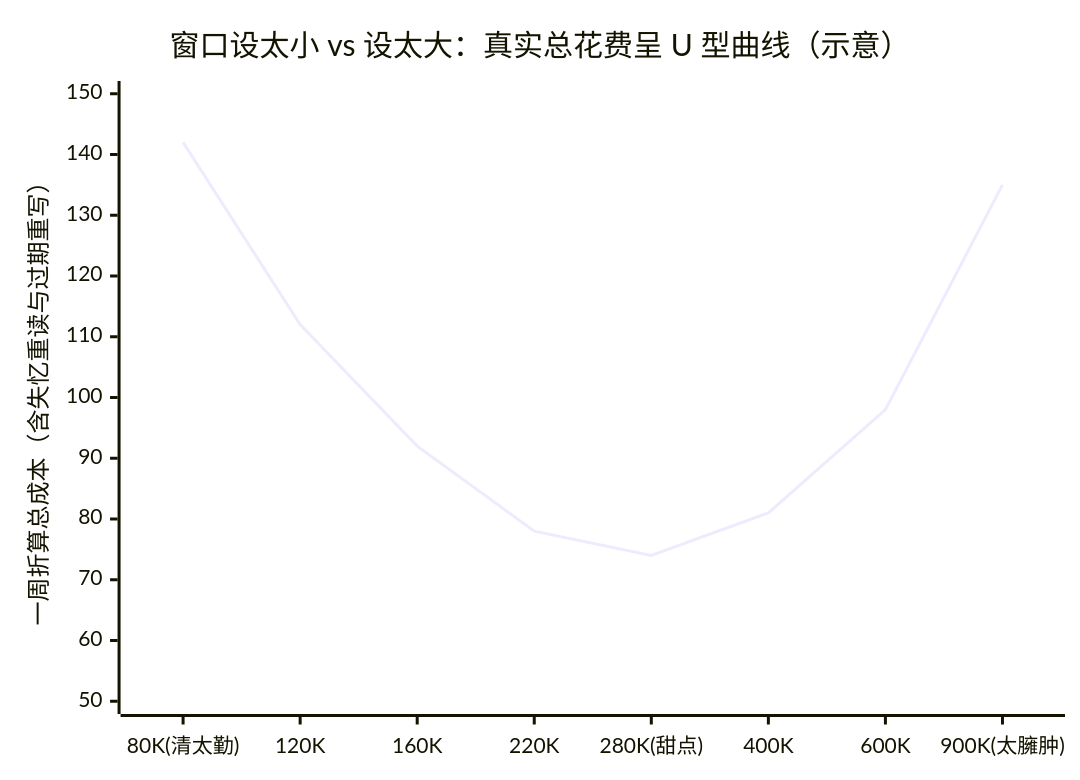
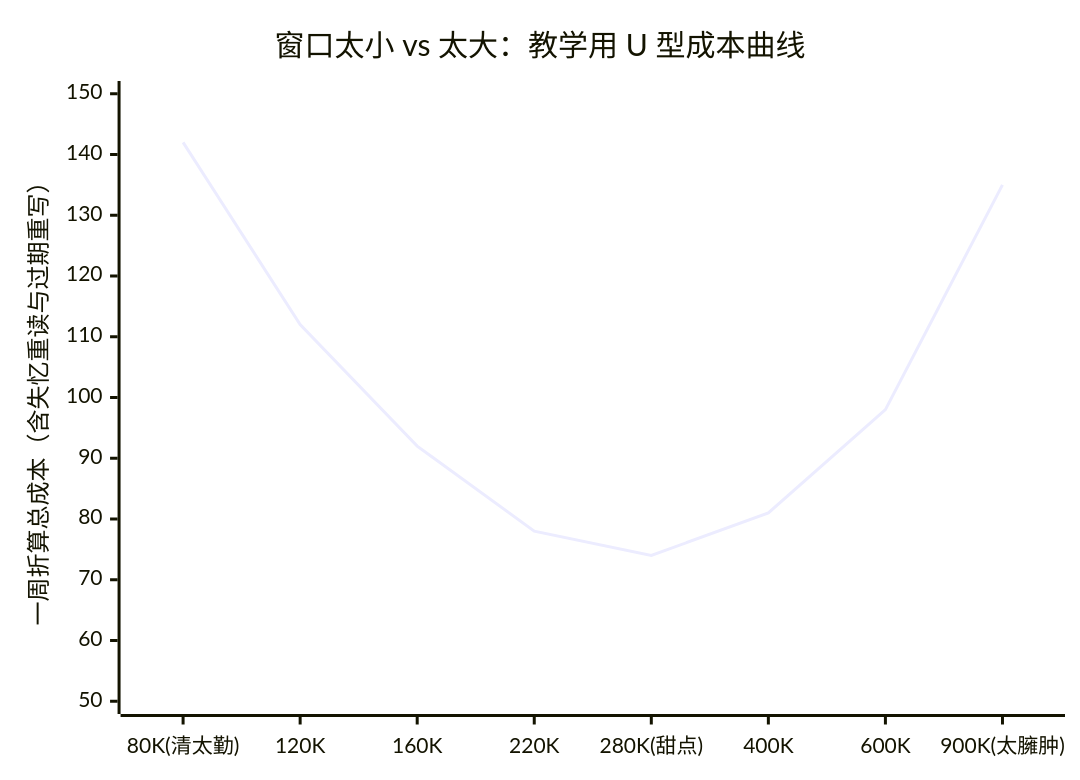
Before and after one commit to fangd123/knowledge-wiki: the first of 2 diagrams in content/AI技术与工程/Magpie与LLM网关配置调研/08-通俗图解：大模型网关是如何帮你省钱、提速又不变傻的？.md, drawn with Mermaid. The commit also changed other lines of this file and 26 other files, not shown here.

````diff
--- a/content/AI技术与工程/Magpie与LLM网关配置调研/08-通俗图解：大模型网关是如何帮你省钱、提速又不变傻的？.md
+++ b/content/AI技术与工程/Magpie与LLM网关配置调研/08-通俗图解：大模型网关是如何帮你省钱、提速又不变傻的？.md
@@ -65,7 +65,7 @@
 ```mermaid
 xychart-beta
-    title "窗口设太小 vs 设太大：真实总花费呈 U 型曲线（示意）"
+    title "窗口太小 vs 太大：教学用 U 型成本曲线"
     x-axis ["80K(清太勤)", "120K", "160K", "220K", "280K(甜点)", "400K", "600K", "900K(太臃肿)"]
     y-axis "一周折算总成本（含失忆重读与过期重写）" 50 --> 150
     line [142, 112, 92, 78, 74, 81, 98, 135]
 ```
````
